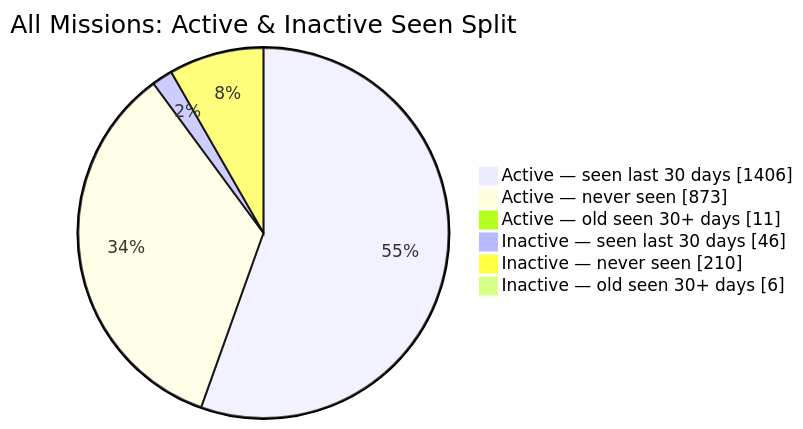
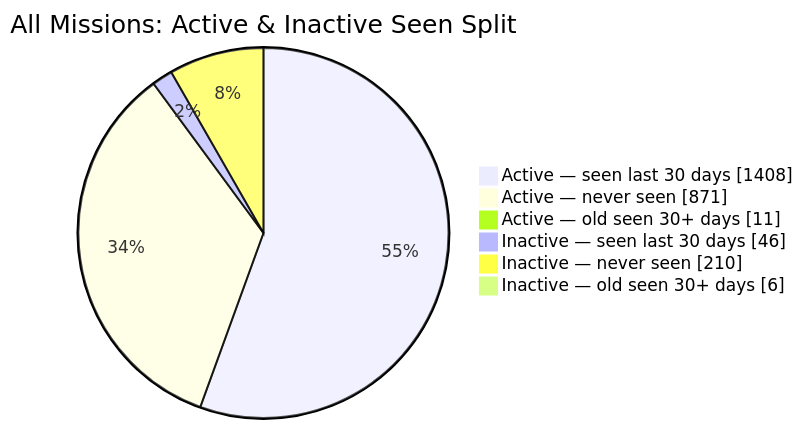
The second of 2 diagrams in README.md (MeldkamerspelGameTeam/active-missions), drawn with Mermaid before and after one commit. The commit also changed other lines of this file and 3 other files, not shown here.

````diff
--- a/README.md
+++ b/README.md
@@ -44,10 +44,10 @@
 ```mermaid
 pie showData
     title All Missions: Active & Inactive Seen Split
-    "Active — seen last 30 days" : 1406
-    "Active — never seen" : 873
+    "Active — seen last 30 days" : 1408
+    "Active — never seen" : 871
     "Active — old seen 30+ days" : 11
     "Inactive — seen last 30 days" : 46
     "Inactive — never seen" : 210
     "Inactive — old seen 30+ days" : 6
 ```
````
